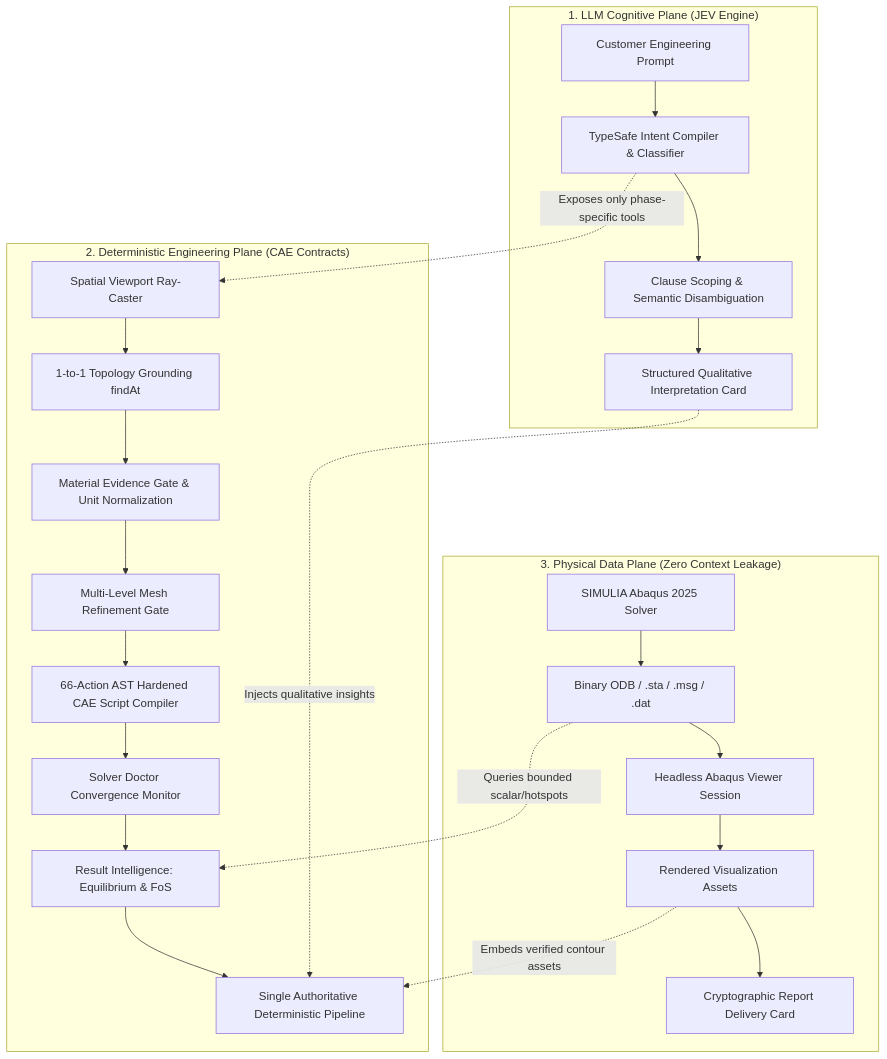
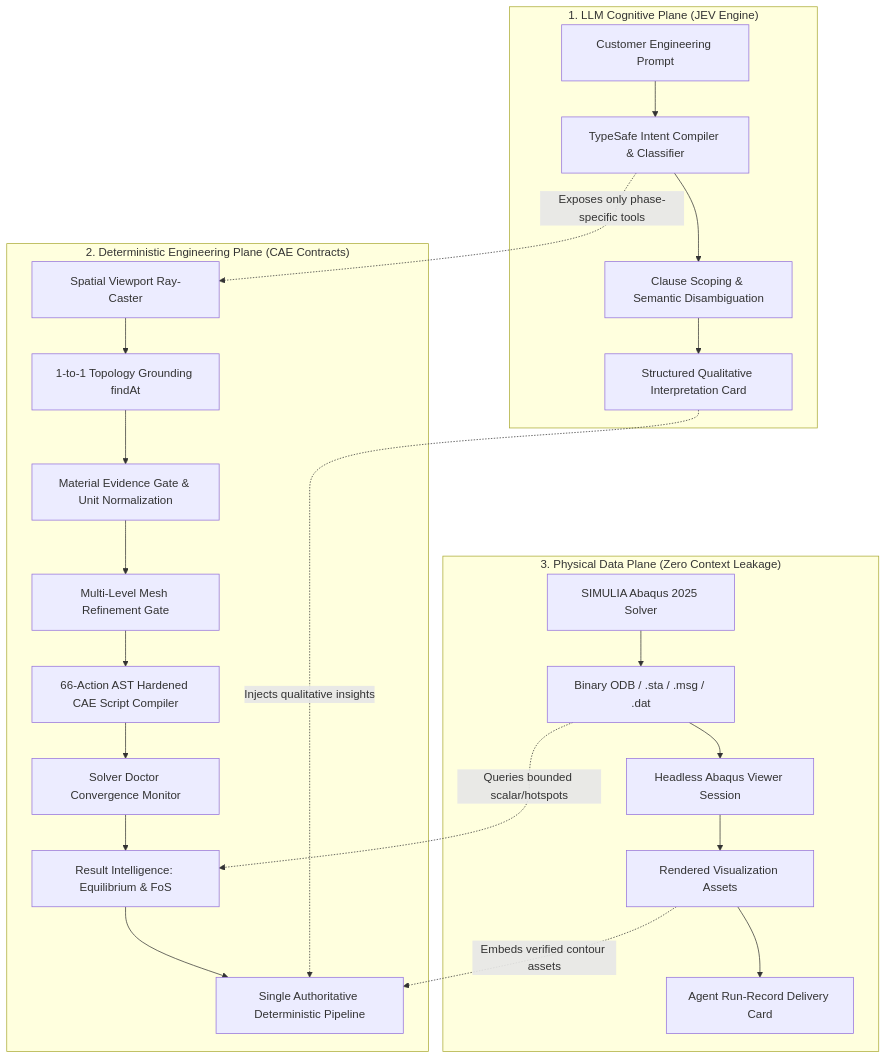
The third of 3 diagrams in README.md (chenlei-gh/Abaqus-AI-Agent), drawn with Mermaid before and after one commit. The commit also changed other lines of this file and 32 other files, not shown here.

````diff
--- a/README.md
+++ b/README.md
@@ -116,30 +116,30 @@
 ```mermaid
 flowchart TD
     subgraph Cognitive_Plane["1. LLM Cognitive Plane (JEV Engine)"]
         A[Customer Engineering Prompt] --> B[TypeSafe Intent Compiler & Classifier]
         B --> C[Clause Scoping & Semantic Disambiguation]
         C --> D[Structured Qualitative Interpretation Card]
     end
 
     subgraph Engineering_Plane["2. Deterministic Engineering Plane (CAE Contracts)"]
         E[Spatial Viewport Ray-Caster] --> F[1-to-1 Topology Grounding findAt]
         F --> G[Material Evidence Gate & Unit Normalization]
         G --> H[Multi-Level Mesh Refinement Gate]
         H --> I[66-Action AST Hardened CAE Script Compiler]
         I --> J[Solver Doctor Convergence Monitor]
         J --> K[Result Intelligence: Equilibrium & FoS]
         K --> L[Single Authoritative Deterministic Pipeline]
     end
 
     subgraph Data_Plane["3. Physical Data Plane (Zero Context Leakage)"]
         M[SIMULIA Abaqus 2025 Solver] --> N[Binary ODB / .sta / .msg / .dat]
         N --> O[Headless Abaqus Viewer Session]
         O --> P[Rendered Visualization Assets]
-        P --> Q[Cryptographic Report Delivery Card]
+        P --> Q[Agent Run-Record Delivery Card]
     end
 
     B -.->|Exposes only phase-specific tools| E
     D -.->|Injects qualitative insights| L
     N -.->|Queries bounded scalar/hotspots| K
     P -.->|Embeds verified contour assets| L
 ```
````
